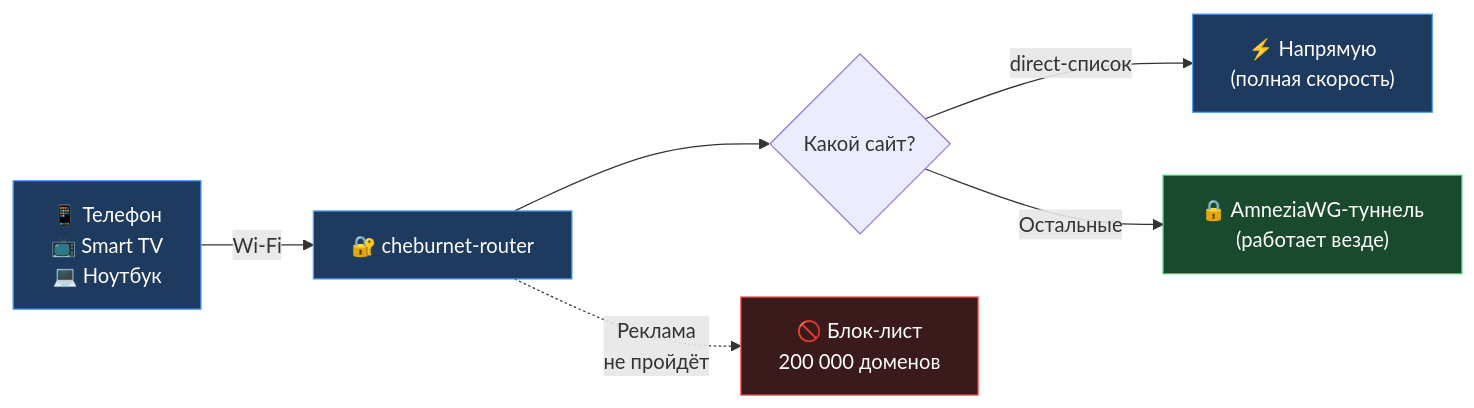
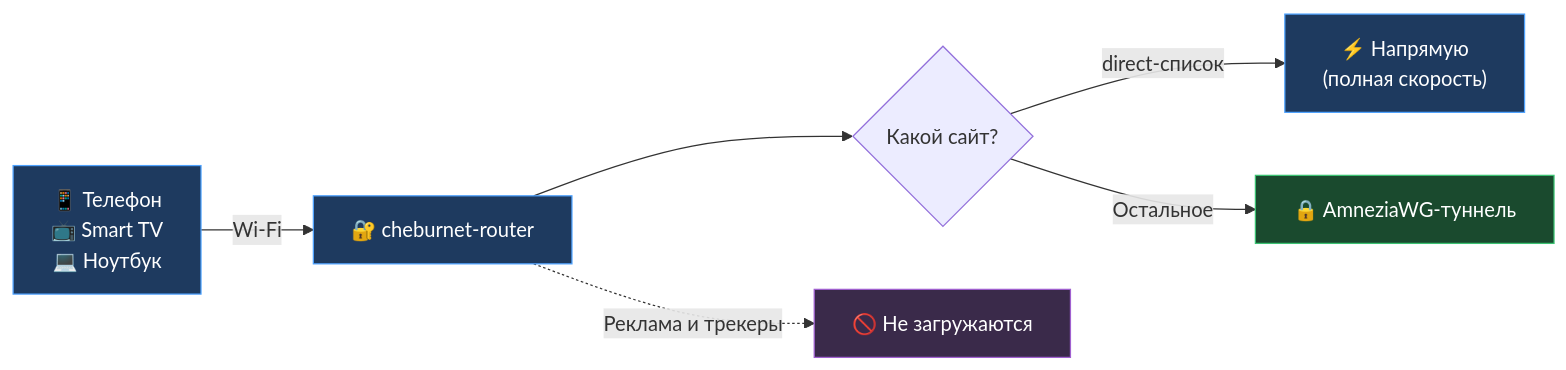
The diagram in README.md (andreiyurik/cheburnet-router), drawn with Mermaid before and after one commit. The commit also changed other lines of this file, not shown here.

````diff
--- a/README.md
+++ b/README.md
@@ -71,15 +61,15 @@
 ```mermaid
 flowchart LR
     Phone["📱 Телефон<br/>📺 Smart TV<br/>💻 Ноутбук"] -->|"Wi-Fi"| Router["🔐 cheburnet-router"]
     Router --> Choice{"Какой сайт?"}
     Choice -->|"direct-список"| Direct["⚡ Напрямую<br/>(полная скорость)"]
-    Choice -->|"Остальные"| VPN["🔒 AmneziaWG-туннель<br/>(работает везде)"]
-    Router -.->|"Реклама<br/>не пройдёт"| Block["🚫 Блок-лист<br/>200 000 доменов"]
+    Choice -->|"Остальное"| VPN["🔒 AmneziaWG-туннель"]
+    Router -.->|"Реклама и трекеры"| Block["🚫 Не загружаются"]
 
-    classDef ru fill:#1e3a5f,stroke:#4fa3ff,color:#fff
+    classDef d fill:#1e3a5f,stroke:#4fa3ff,color:#fff
     classDef vpn fill:#1a4a2e,stroke:#3bc272,color:#fff
-    classDef stop fill:#3a1a1a,stroke:#ff6b6b,color:#fff
-    class Direct,Phone,Router ru
+    classDef blk fill:#3a2a4a,stroke:#a060d0,color:#fff
+    class Router,Phone,Direct d
     class VPN vpn
-    class Block stop
+    class Block blk
 ```
````
